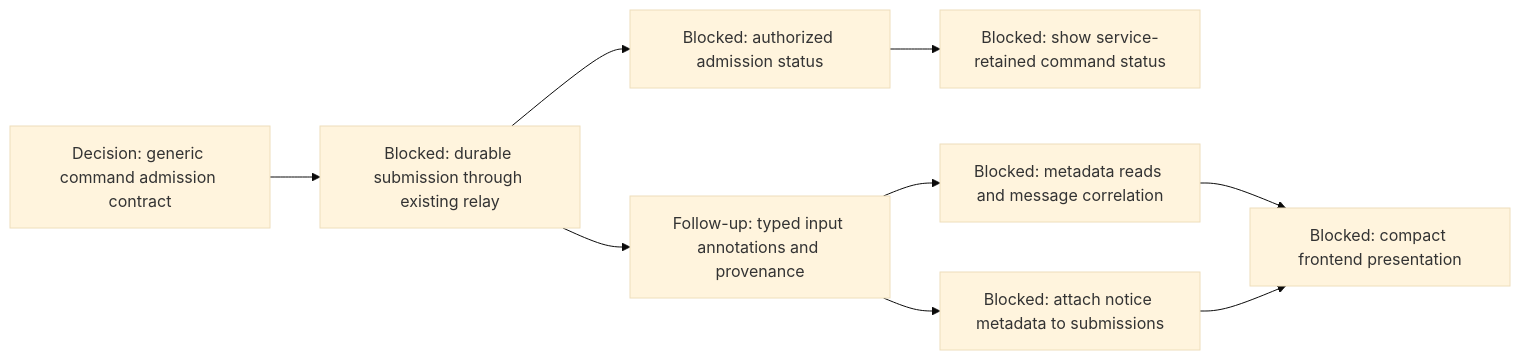
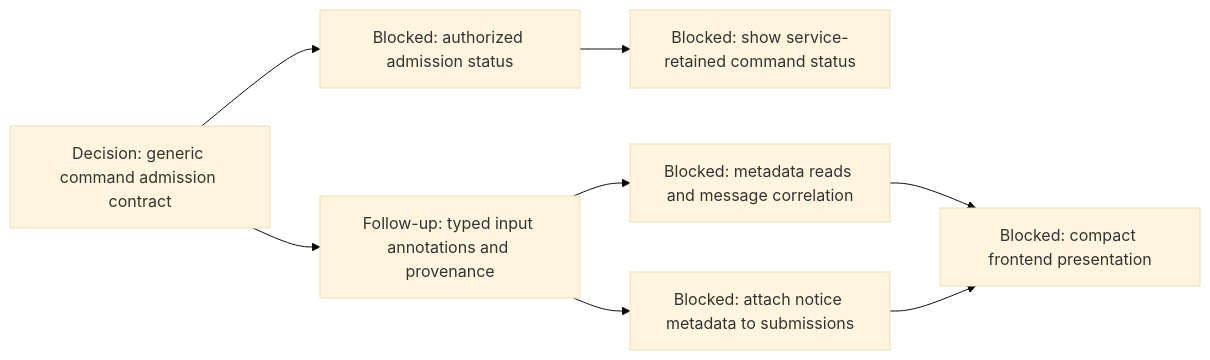
The second of 9 diagrams in agentplane/plans/task_dag.md (agentydragon/ducktape), drawn with Mermaid (base theme) before and after one commit. The commit also changed other lines of this file and 13 other files, not shown here.

First line of the commit message:
agentplane: durable SubmitCommand over the existing relay

````diff
--- a/agentplane/plans/task_dag.md
+++ b/agentplane/plans/task_dag.md
@@ -79,19 +79,17 @@
 ```mermaid
 flowchart LR
     SESSION_COMMAND_CONTRACT[Decision: generic command admission contract]
-    SESSION_COMMAND_SUBMISSION[Blocked: durable submission through existing relay]
     SESSION_COMMAND_STATUS_READ[Blocked: authorized admission status]
     SESSION_COMMAND_STATUS_UI[Blocked: show service-retained command status]
     SESSION_INPUT_METADATA[Follow-up: typed input annotations and provenance]
     SESSION_INPUT_METADATA_READ[Blocked: metadata reads and message correlation]
     NOTIFICATION_NOTICE_METADATA[Blocked: attach notice metadata to submissions]
     NOTIFICATION_PRESENTATION[Blocked: compact frontend presentation]
-    SESSION_COMMAND_CONTRACT --> SESSION_COMMAND_SUBMISSION
-    SESSION_COMMAND_SUBMISSION --> SESSION_COMMAND_STATUS_READ
+    SESSION_COMMAND_CONTRACT --> SESSION_COMMAND_STATUS_READ
     SESSION_COMMAND_STATUS_READ --> SESSION_COMMAND_STATUS_UI
-    SESSION_COMMAND_SUBMISSION --> SESSION_INPUT_METADATA
+    SESSION_COMMAND_CONTRACT --> SESSION_INPUT_METADATA
     SESSION_INPUT_METADATA --> SESSION_INPUT_METADATA_READ
     SESSION_INPUT_METADATA --> NOTIFICATION_NOTICE_METADATA
     SESSION_INPUT_METADATA_READ --> NOTIFICATION_PRESENTATION
     NOTIFICATION_NOTICE_METADATA --> NOTIFICATION_PRESENTATION
 ```
````
